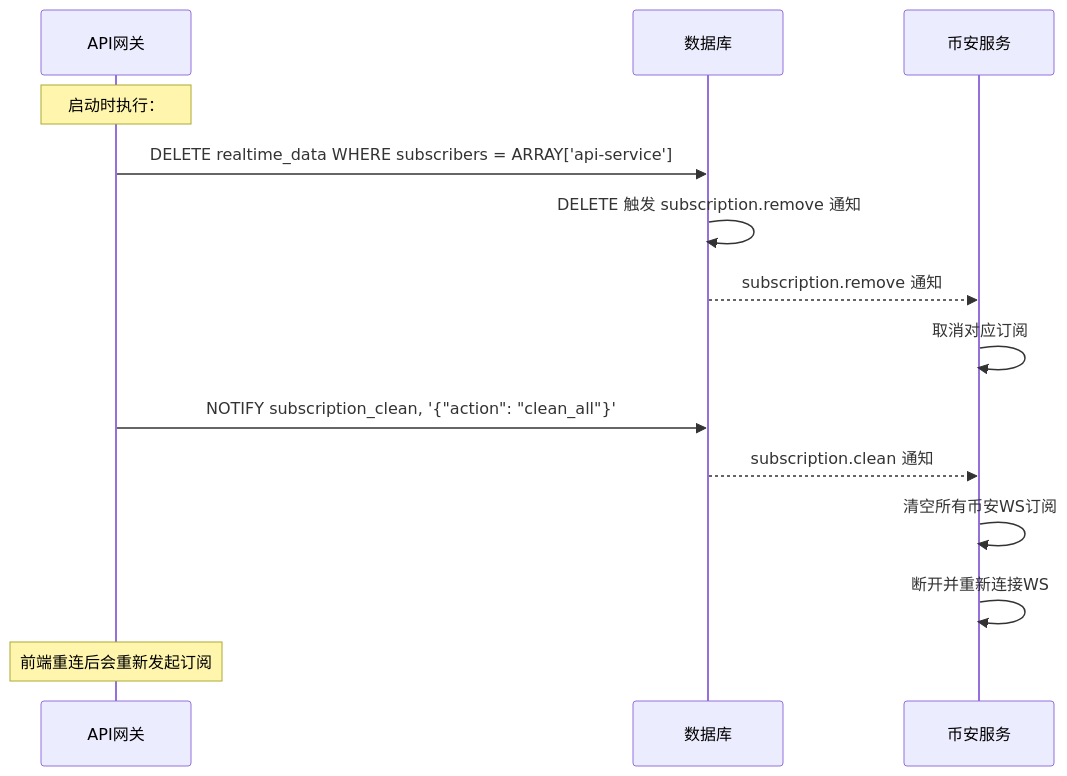
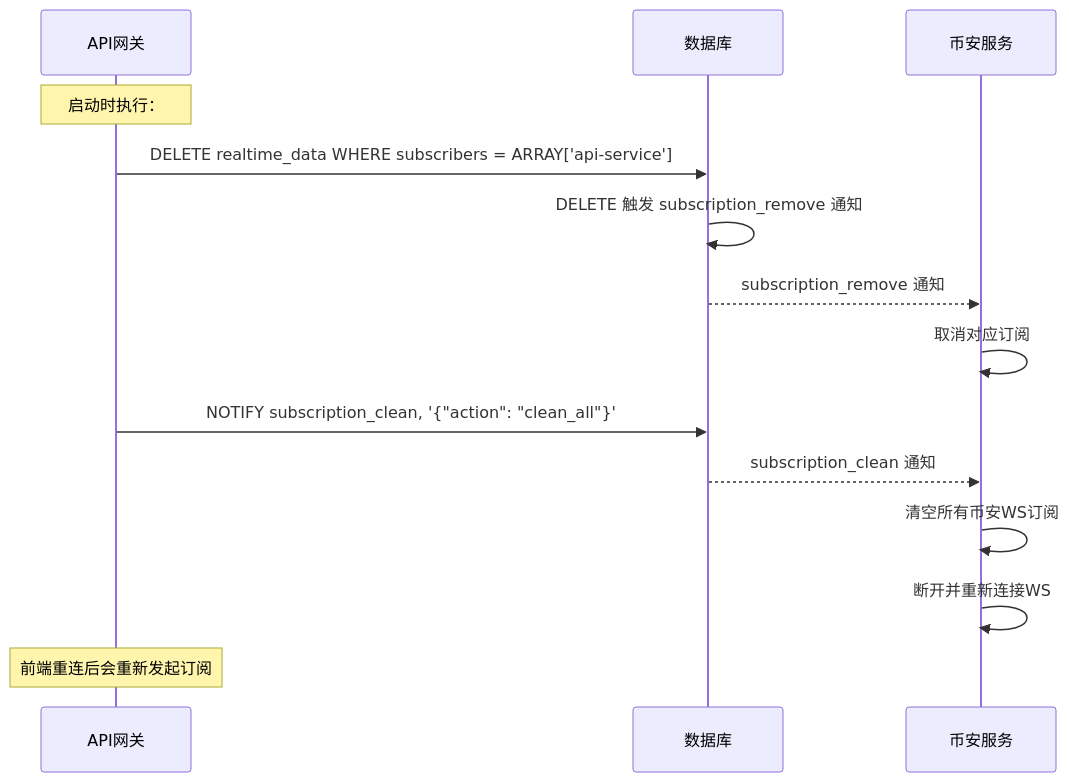
The sixth of 10 diagrams in docs/backend/design/02-dataflow.md (mj2154/quant-trading-system-2602), drawn with Mermaid before and after one commit. The commit also changed other lines of this file and 32 other files, not shown here.

````diff
--- a/docs/backend/design/02-dataflow.md
+++ b/docs/backend/design/02-dataflow.md
@@ -213,20 +213,20 @@
 ```mermaid
 sequenceDiagram
     participant GW as API网关
     participant DB as 数据库
     participant BN as 币安服务
 
     Note over GW: 启动时执行：
     GW->>DB: DELETE realtime_data WHERE subscribers = ARRAY['api-service']
-    DB->>DB: DELETE 触发 subscription.remove 通知
+    DB->>DB: DELETE 触发 subscription_remove 通知
 
-    DB-->>BN: subscription.remove 通知
+    DB-->>BN: subscription_remove 通知
     BN->>BN: 取消对应订阅
 
     GW->>DB: NOTIFY subscription_clean, '{"action": "clean_all"}'
-    DB-->>BN: subscription.clean 通知
+    DB-->>BN: subscription_clean 通知
     BN->>BN: 清空所有币安WS订阅
     BN->>BN: 断开并重新连接WS
 
     Note over GW: 前端重连后会重新发起订阅
 ```
````
